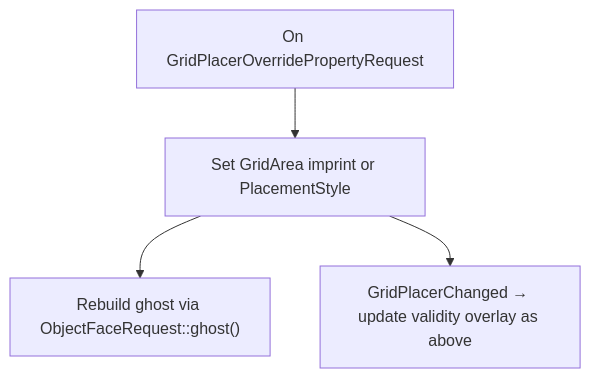
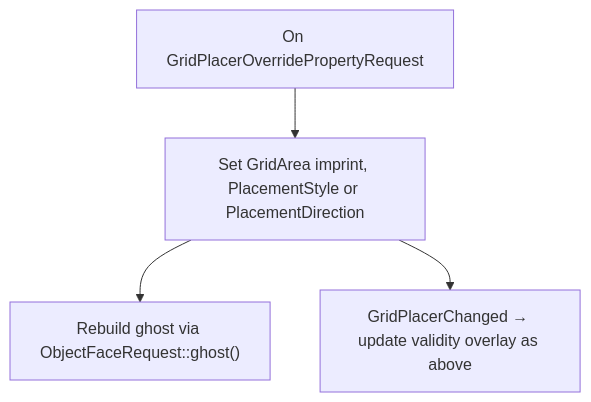
The third of 5 diagrams in documentation/architecture/grid_placer.md (Arrekin/dark-wisps-defence), drawn with Mermaid before and after one commit. The commit also changed other lines of this file and 67 other files, not shown here.

````diff
--- a/documentation/architecture/grid_placer.md
+++ b/documentation/architecture/grid_placer.md
@@ -107,6 +111,6 @@
 ```mermaid
 flowchart TB
-    override["On GridPlacerOverridePropertyRequest"] --> update["Set GridArea imprint or PlacementStyle"]
+    override["On GridPlacerOverridePropertyRequest"] --> update["Set GridArea imprint, PlacementStyle or PlacementDirection"]
     update --> ghost["Rebuild ghost via ObjectFaceRequest::ghost()"]
     update --> changed["GridPlacerChanged → update validity overlay as above"]
 ```
````
